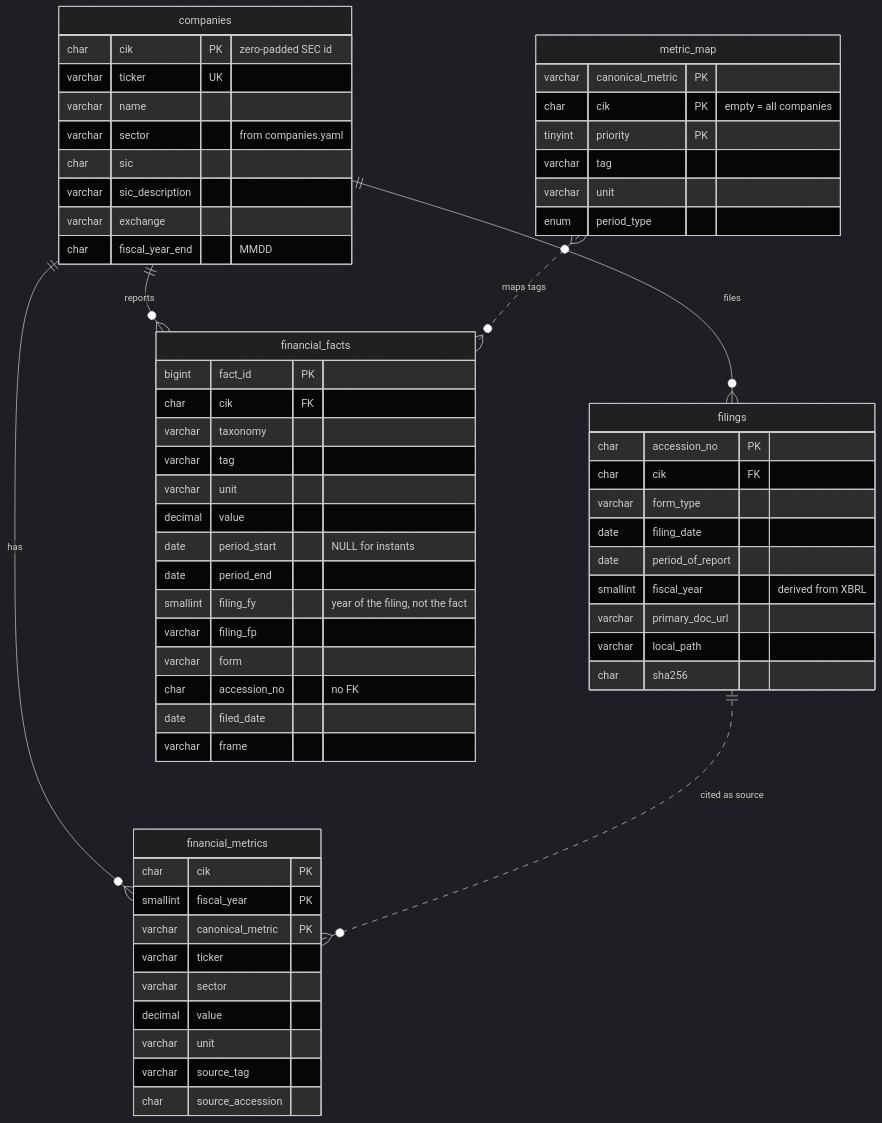
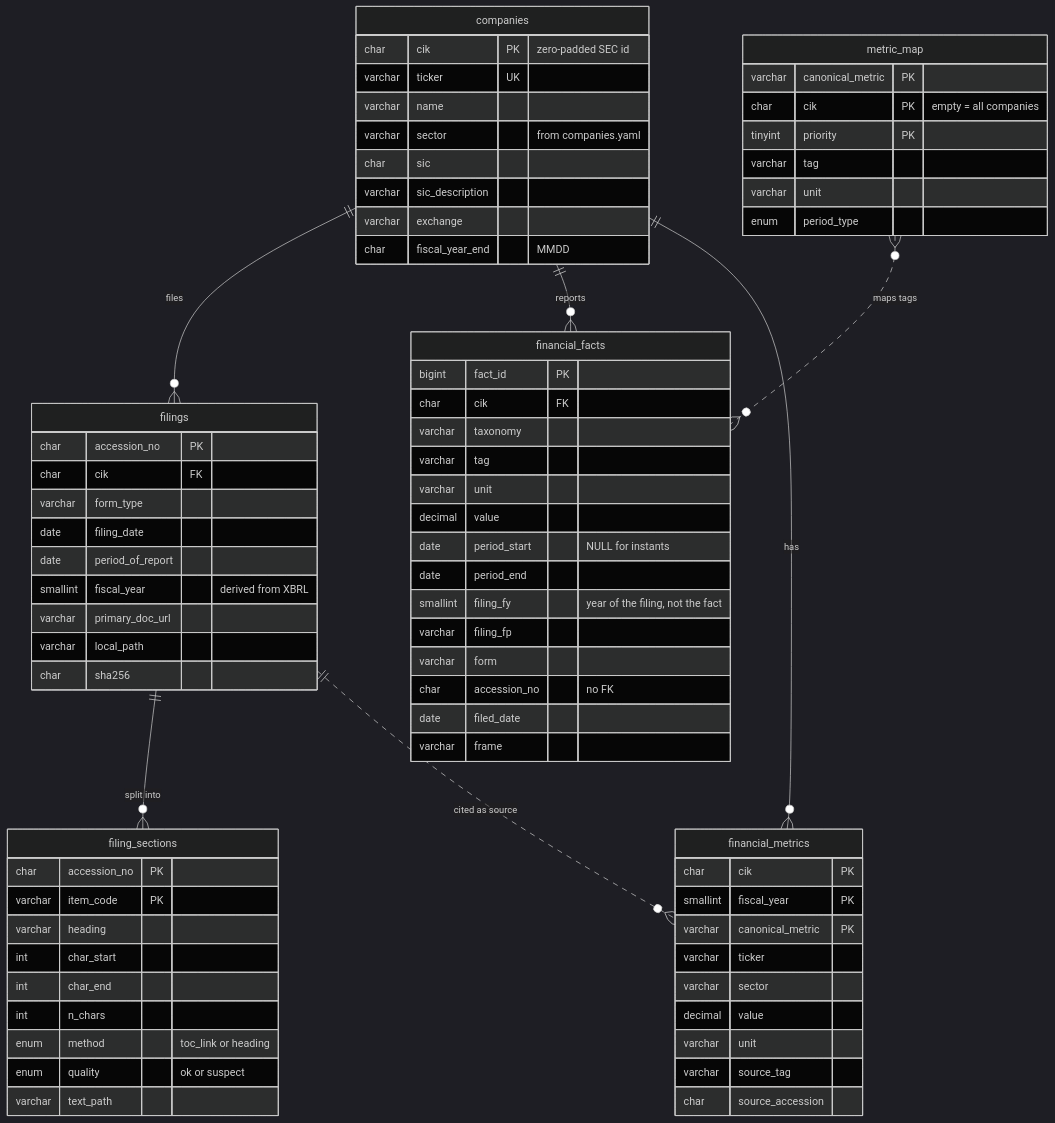
Before and after one commit to iamnitishsah/S.E.C.T.R.A: the fourth of 8 diagrams in README.md, drawn with Mermaid (dark theme). The commit also changed other lines of this file, not shown here.

````diff
--- a/README.md
+++ b/README.md
@@ -111,65 +311,77 @@
 ```mermaid
 erDiagram
     companies ||--o{ filings : "files"
     companies ||--o{ financial_facts : "reports"
     companies ||--o{ financial_metrics : "has"
+    filings ||--o{ filing_sections : "split into"
     filings ||..o{ financial_metrics : "cited as source"
     metric_map }o..o{ financial_facts : "maps tags"
 
     companies {
         char cik PK "zero-padded SEC id"
         varchar ticker UK
         varchar name
         varchar sector "from companies.yaml"
         char sic
         varchar sic_description
         varchar exchange
         char fiscal_year_end "MMDD"
     }
     filings {
         char accession_no PK
         char cik FK
         varchar form_type
         date filing_date
         date period_of_report
         smallint fiscal_year "derived from XBRL"
         varchar primary_doc_url
         varchar local_path
         char sha256
     }
     financial_facts {
         bigint fact_id PK
         char cik FK
         varchar taxonomy
         varchar tag
         varchar unit
         decimal value
         date period_start "NULL for instants"
         date period_end
         smallint filing_fy "year of the filing, not the fact"
         varchar filing_fp
         varchar form
         char accession_no "no FK"
         date filed_date
         varchar frame
     }
     metric_map {
         varchar canonical_metric PK
         char cik PK "empty = all companies"
         tinyint priority PK
         varchar tag
         varchar unit
         enum period_type
     }
     financial_metrics {
         char cik PK
         smallint fiscal_year PK
         varchar canonical_metric PK
         varchar ticker
         varchar sector
         decimal value
         varchar unit
         varchar source_tag
         char source_accession
     }
+    filing_sections {
+        char accession_no PK
+        varchar item_code PK
+        varchar heading
+        int char_start
+        int char_end
+        int n_chars
+        enum method "toc_link or heading"
+        enum quality "ok or suspect"
+        varchar text_path
+    }
 ```
````
